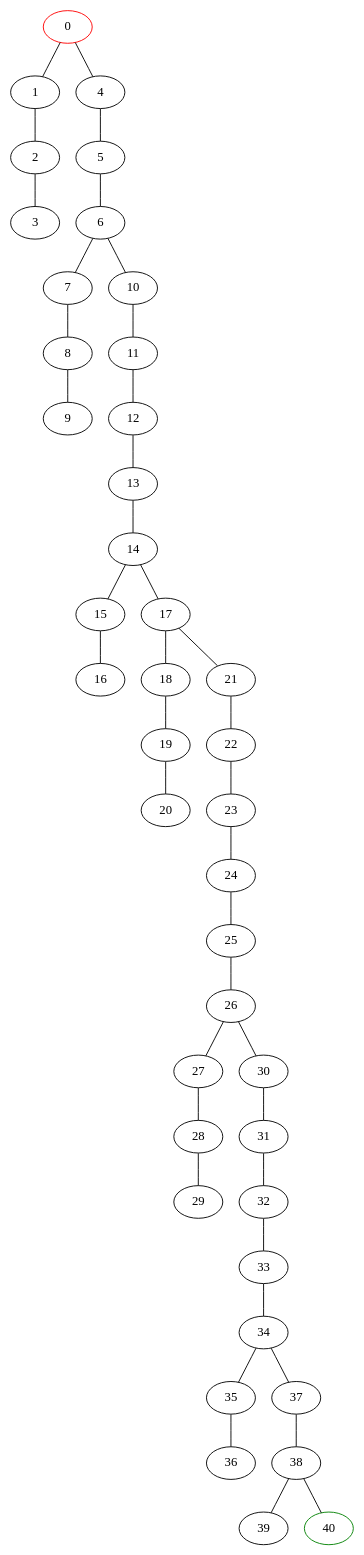
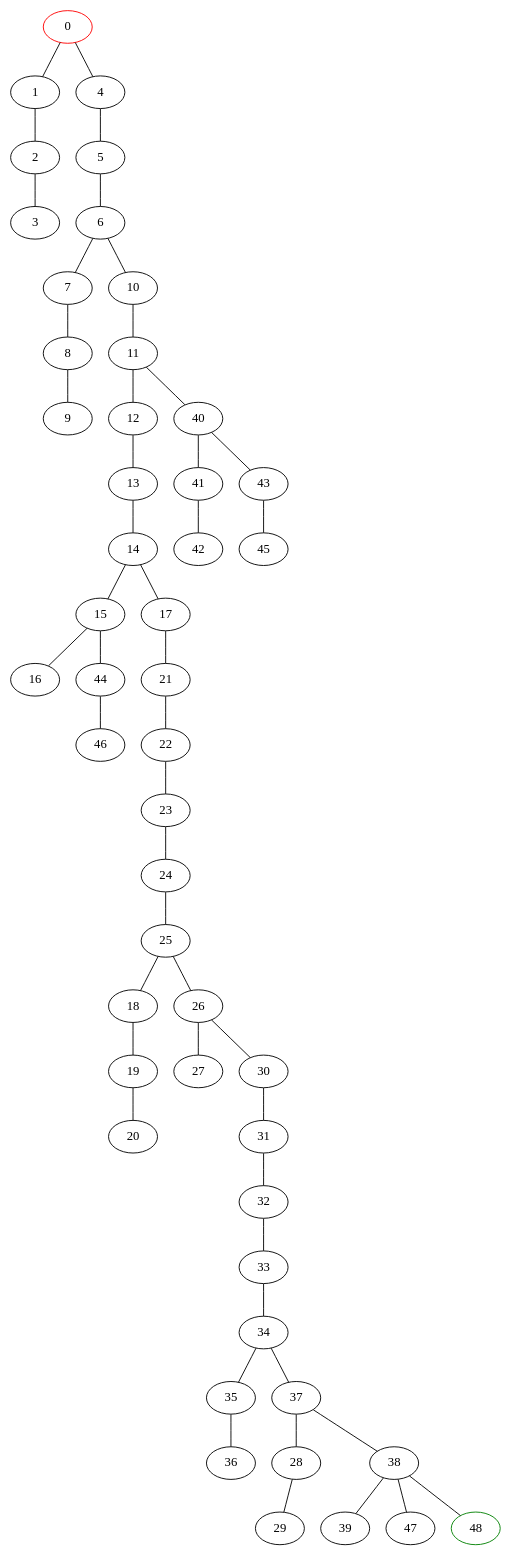
One commit to lucasduartec/DCC014 changed the diagram in graph.dot. Above: the diagram before and after it, drawn with Graphviz. The commit also changed 3 other files, not shown here.

```diff
--- a/graph.dot
+++ b/graph.dot
@@ -1,84 +1,100 @@
 strict graph grafo {
   0 [weight =  0.00, pos = "0,4!", color = red];
   1 [weight =  1.00, pos = "2,4!"];
   2 [weight =  2.00, pos = "2,3!"];
   3 [weight =  3.00, pos = "1,3!"];
   4 [weight =  4.00, pos = "0,2!"];
   5 [weight =  5.00, pos = "1,2!"];
   6 [weight =  6.00, pos = "1,1!"];
   7 [weight =  7.00, pos = "2,1!"];
   8 [weight =  8.00, pos = "2,2!"];
   9 [weight =  9.00, pos = "3,2!"];
   10 [weight = 10.00, pos = "0,1!"];
   11 [weight = 11.00, pos = "0,0!"];
   12 [weight = 12.00, pos = "3,0!"];
   13 [weight = 13.00, pos = "3,1!"];
   14 [weight = 14.00, pos = "4,1!"];
   15 [weight = 15.00, pos = "4,0!"];
   16 [weight = 16.00, pos = "5,0!"];
   17 [weight = 17.00, pos = "4,2!"];
   18 [weight = 18.00, pos = "5,2!"];
   19 [weight = 19.00, pos = "5,1!"];
   20 [weight = 20.00, pos = "6,1!"];
   21 [weight = 21.00, pos = "4,3!"];
   22 [weight = 22.00, pos = "3,3!"];
   23 [weight = 23.00, pos = "3,4!"];
   24 [weight = 24.00, pos = "5,4!"];
   25 [weight = 25.00, pos = "5,3!"];
   26 [weight = 26.00, pos = "6,3!"];
   27 [weight = 27.00, pos = "6,2!"];
   28 [weight = 28.00, pos = "7,2!"];
   29 [weight = 29.00, pos = "7,3!"];
   30 [weight = 30.00, pos = "6,4!"];
   31 [weight = 31.00, pos = "9,4!"];
   32 [weight = 32.00, pos = "9,3!"];
   33 [weight = 33.00, pos = "8,3!"];
   34 [weight = 34.00, pos = "8,1!"];
   35 [weight = 35.00, pos = "9,1!"];
   36 [weight = 36.00, pos = "9,2!"];
   37 [weight = 37.00, pos = "7,1!"];
   38 [weight = 38.00, pos = "7,0!"];
   39 [weight = 39.00, pos = "6,0!"];
-  40 [weight = 40.00, pos = "9,0!", color = green];
+  40 [weight = 40.00, pos = "0,-1!"];
+  41 [weight = 41.00, pos = "0,-2!"];
+  42 [weight = 42.00, pos = "3,-2!"];
+  43 [weight = 43.00, pos = "1,-1!"];
+  44 [weight = 44.00, pos = "4,-1!"];
+  45 [weight = 45.00, pos = "3,-1!"];
+  46 [weight = 46.00, pos = "6,-1!"];
+  47 [weight = 47.00, pos = "7,-2!"];
+  48 [weight = 48.00, pos = "9,0!", color = green];
 
   0 -- 1
   0 -- 4
   1 -- 2
   2 -- 3
   4 -- 5
   5 -- 6
   6 -- 7
   6 -- 10
   7 -- 8
   8 -- 9
   10 -- 11
+  11 -- 40
   11 -- 12
   12 -- 13
   13 -- 14
   14 -- 15
   14 -- 17
+  15 -- 44
   15 -- 16
-  17 -- 18
   17 -- 21
   18 -- 19
   19 -- 20
   21 -- 22
   22 -- 23
   23 -- 24
   24 -- 25
+  25 -- 18
   25 -- 26
   26 -- 27
   26 -- 30
-  27 -- 28
   28 -- 29
   30 -- 31
   31 -- 32
   32 -- 33
   33 -- 34
   34 -- 35
   34 -- 37
   35 -- 36
+  37 -- 28
   37 -- 38
+  38 -- 47
   38 -- 39
-  38 -- 40
+  38 -- 48
+  40 -- 41
+  40 -- 43
+  41 -- 42
+  43 -- 45
+  44 -- 46
 }
```
